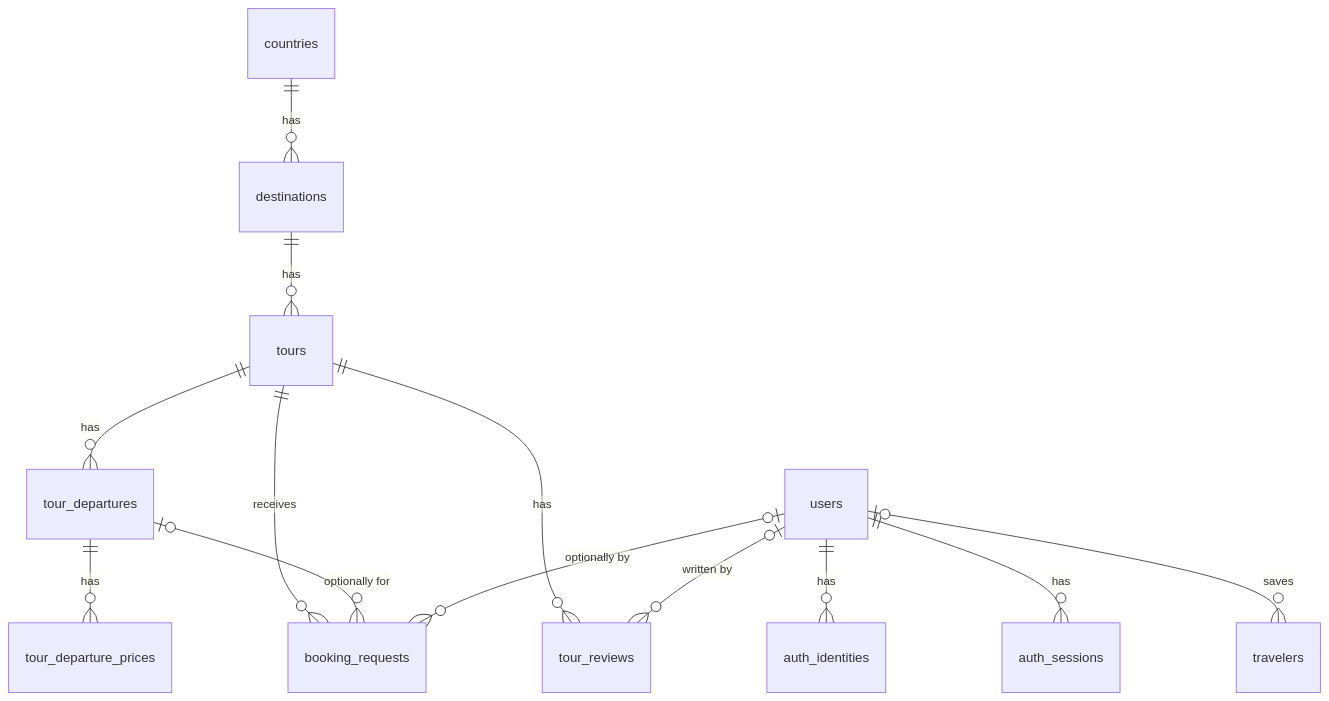
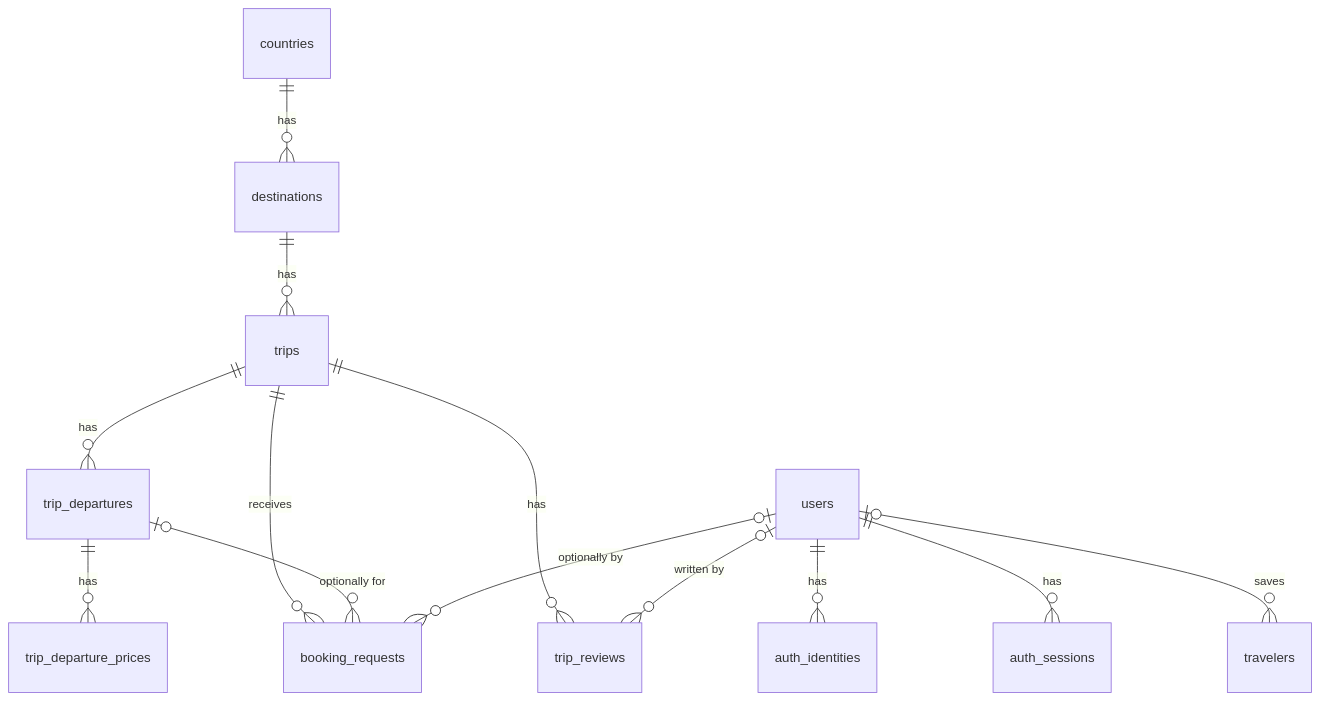
The diagram in docs/entities.md (codevibesme/ghumbo-backend), drawn with Mermaid before and after one commit. The commit also changed other lines of this file and 15 other files, not shown here.

Commit message:
rename tour -> trip, and fix auth refresh req dto

````diff
--- a/docs/entities.md
+++ b/docs/entities.md
@@ -7,15 +7,15 @@
 ```mermaid
 erDiagram
     countries ||--o{ destinations : "has"
-    destinations ||--o{ tours : "has"
-    tours ||--o{ tour_departures : "has"
-    tour_departures ||--o{ tour_departure_prices : "has"
-    tours ||--o{ booking_requests : "receives"
-    tour_departures |o--o{ booking_requests : "optionally for"
+    destinations ||--o{ trips : "has"
+    trips ||--o{ trip_departures : "has"
+    trip_departures ||--o{ trip_departure_prices : "has"
+    trips ||--o{ booking_requests : "receives"
+    trip_departures |o--o{ booking_requests : "optionally for"
     users |o--o{ booking_requests : "optionally by"
-    tours ||--o{ tour_reviews : "has"
-    users |o--o{ tour_reviews : "written by"
+    trips ||--o{ trip_reviews : "has"
+    users |o--o{ trip_reviews : "written by"
     users ||--o{ auth_identities : "has"
     users ||--o{ auth_sessions : "has"
     users |o--o{ travelers : "saves"
 ```
````
